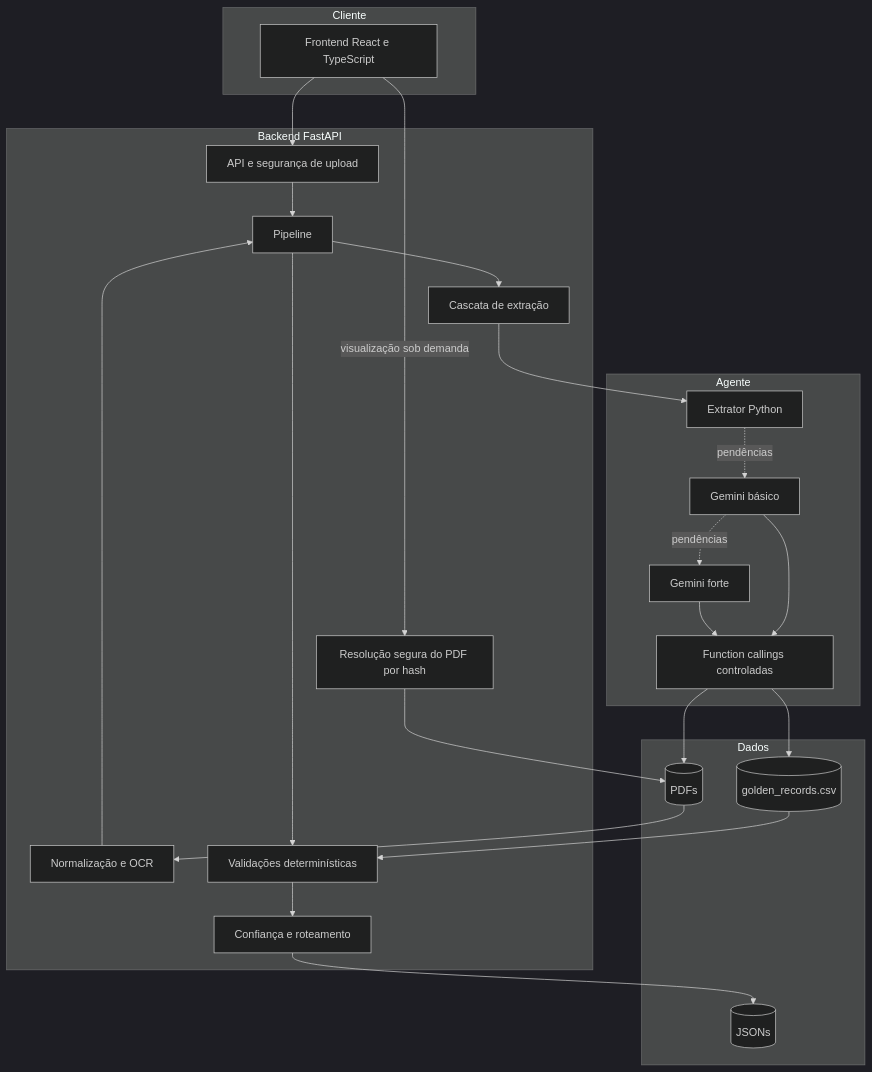
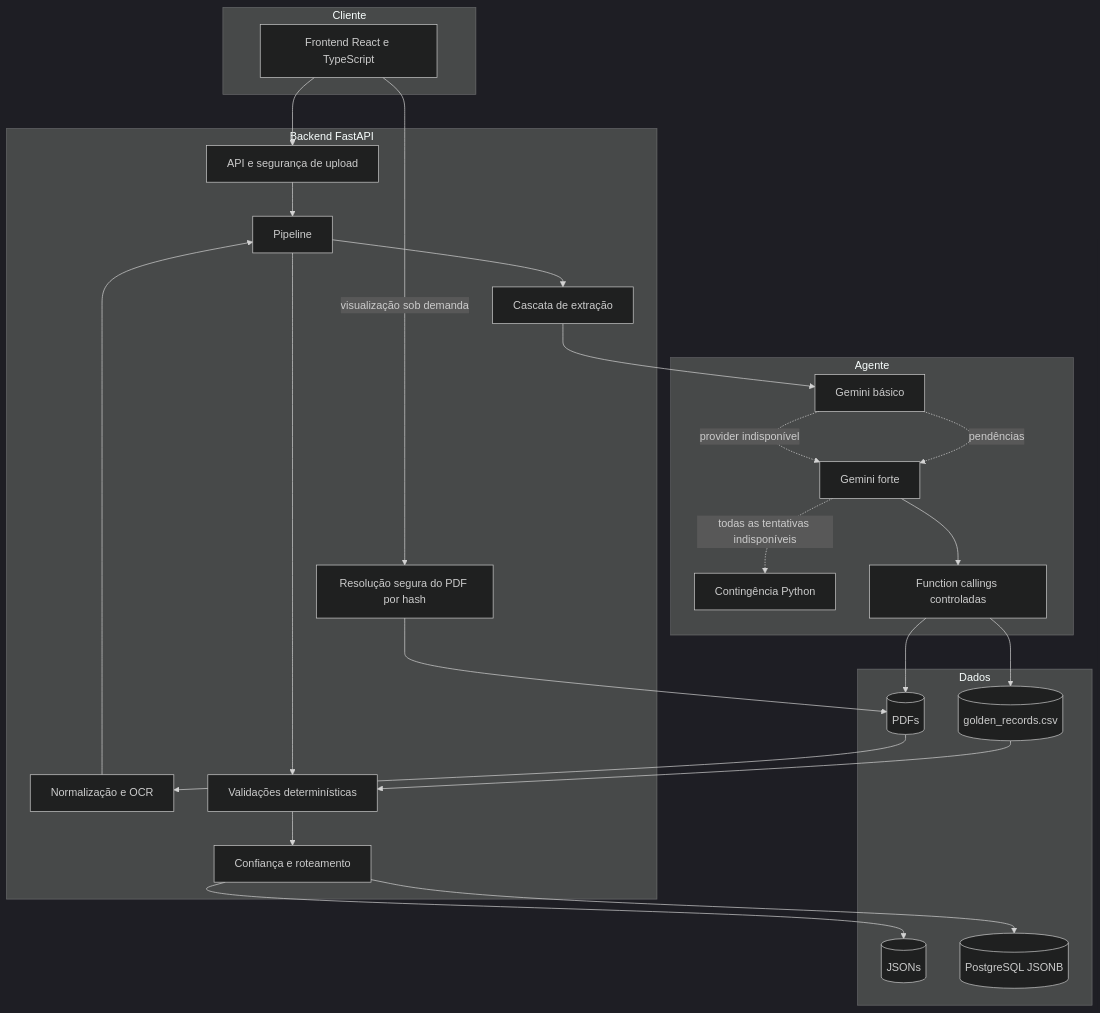
One commit to GMiraaa/fintrace changed the diagram in f_docs/b_architecture/architecture-decisions.md. Above: the diagram before and after it, drawn with Mermaid (dark theme). The commit also changed other lines of this file and 33 other files, not shown here.

````diff
--- a/f_docs/b_architecture/architecture-decisions.md
+++ b/f_docs/b_architecture/architecture-decisions.md
@@ -8,41 +8,43 @@
 ```mermaid
 flowchart TB
     subgraph Cliente
         FE[Frontend React e TypeScript]
     end
     subgraph Backend FastAPI
         HTTP[API e segurança de upload]
         VIEW[Resolução segura do PDF por hash]
         ORCH[Pipeline]
         PRE[Normalização e OCR]
         EXT[Cascata de extração]
         VAL[Validações determinísticas]
         CR[Confiança e roteamento]
     end
     subgraph Agente
-        PY[Extrator Python]
         BASIC[Gemini básico]
         STRONG[Gemini forte]
+        PY[Contingência Python]
         FC[Function callings controladas]
     end
     subgraph Dados
         INPUT[(PDFs)]
         GOLDEN[(golden_records.csv)]
         OUTPUT[(JSONs)]
+        PG[(PostgreSQL JSONB)]
     end
 
     FE --> HTTP --> ORCH
     FE -->|visualização sob demanda| VIEW
     VIEW --> INPUT
     INPUT --> PRE --> ORCH
     ORCH --> EXT
-    EXT --> PY
-    PY -. pendências .-> BASIC
+    EXT --> BASIC
     BASIC -. pendências .-> STRONG
-    BASIC --> FC
+    BASIC -. provider indisponível .-> STRONG
+    STRONG -. todas as tentativas indisponíveis .-> PY
     STRONG --> FC
     FC --> GOLDEN
     FC --> INPUT
     ORCH --> VAL --> CR --> OUTPUT
+    CR --> PG
     GOLDEN --> VAL
 ```
````
